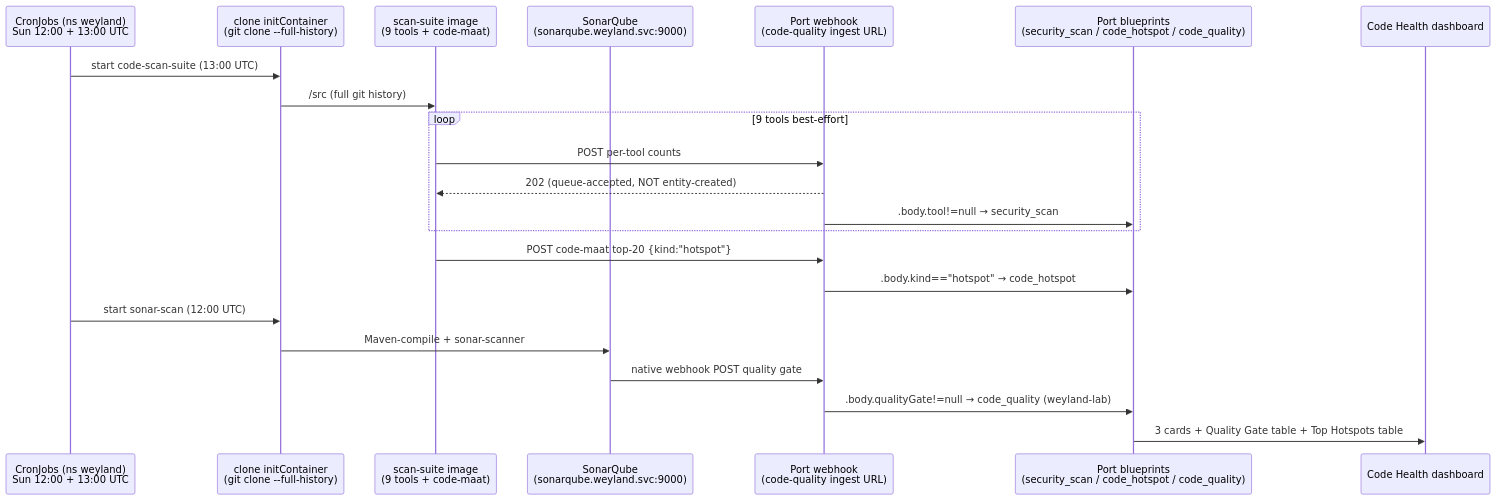
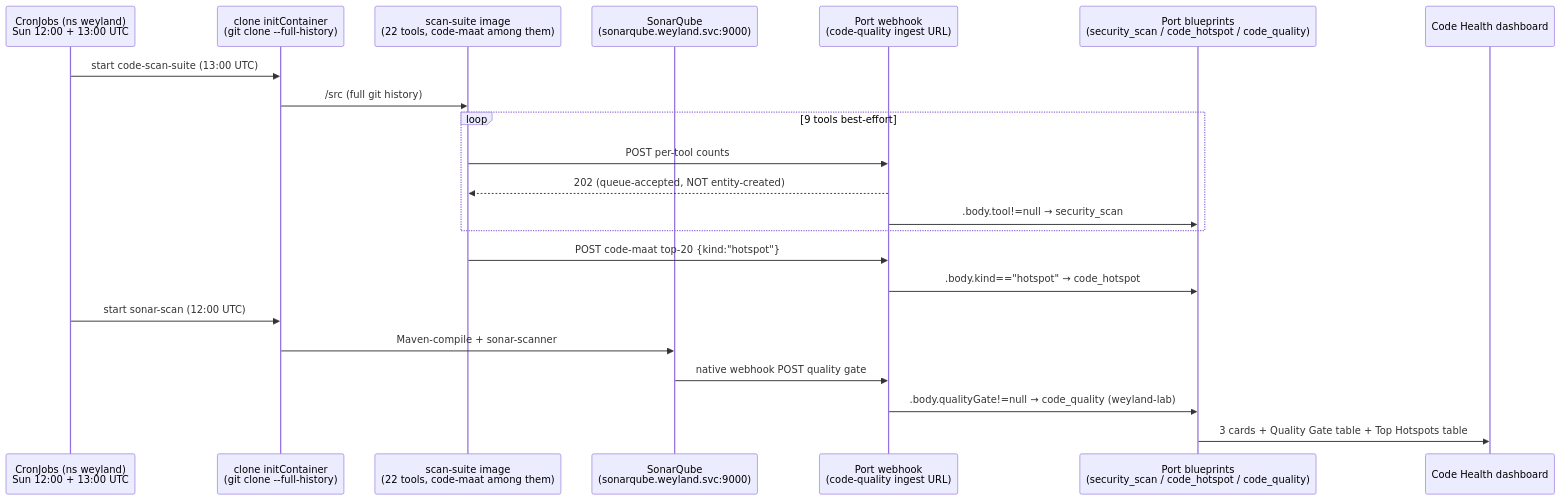
Before and after one commit to edtbl76/weyland-lab: the diagram in docs/demos/code-quality-e2e.md, drawn with Mermaid. The commit also changed other lines of this file and 30 other files, not shown here.

````diff
--- a/docs/demos/code-quality-e2e.md
+++ b/docs/demos/code-quality-e2e.md
@@ -16,25 +16,25 @@
 ```mermaid
 sequenceDiagram
     participant Cron as CronJobs (ns weyland)<br/>Sun 12:00 + 13:00 UTC
     participant Clone as clone initContainer<br/>(git clone --full-history)
-    participant Suite as scan-suite image<br/>(9 tools + code-maat)
+    participant Suite as scan-suite image<br/>(22 tools, code-maat among them)
     participant Sonar as SonarQube<br/>(sonarqube.weyland.svc:9000)
     participant Ingest as Port webhook<br/>(code-quality ingest URL)
     participant BP as Port blueprints<br/>(security_scan / code_hotspot / code_quality)
     participant Dash as Code Health dashboard
 
     Cron->>Clone: start code-scan-suite (13:00 UTC)
     Clone->>Suite: /src (full git history)
     loop 9 tools best-effort
         Suite->>Ingest: POST per-tool counts
         Ingest-->>Suite: 202 (queue-accepted, NOT entity-created)
         Ingest->>BP: .body.tool!=null → security_scan
     end
     Suite->>Ingest: POST code-maat top-20 {kind:"hotspot"}
     Ingest->>BP: .body.kind=="hotspot" → code_hotspot
     Cron->>Clone: start sonar-scan (12:00 UTC)
     Clone->>Sonar: Maven-compile + sonar-scanner
     Sonar->>Ingest: native webhook POST quality gate
     Ingest->>BP: .body.qualityGate!=null → code_quality (weyland-lab)
     BP->>Dash: 3 cards + Quality Gate table + Top Hotspots table
 ```
````
